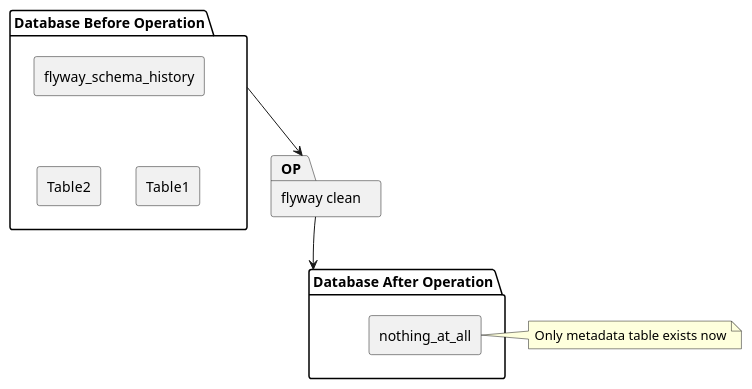
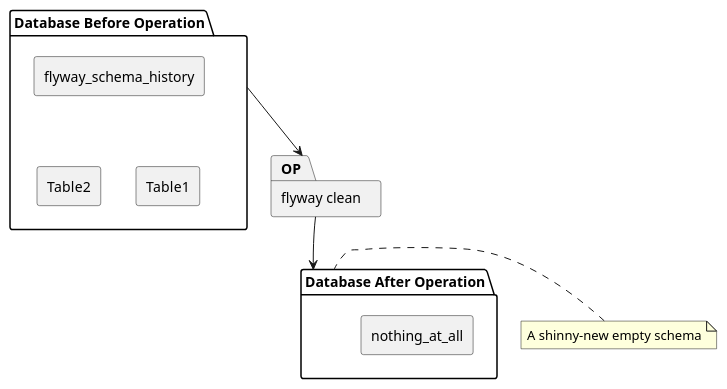
Before and after one commit to LangInteger/learning: the diagram in draw/plantuml/20201117-flyway-clean.puml, drawn with PlantUML.

```diff
--- a/draw/plantuml/20201117-flyway-clean.puml
+++ b/draw/plantuml/20201117-flyway-clean.puml
@@ -1,29 +1,29 @@
 @startuml
 
 skinparam componentStyle rectangle
 
 package "Database Before Operation" as DBO {
   [flyway_schema_history] as fsh_1
   [Table1] as table1_1
   [Table2] as table2_1
 }
 
 fsh_1 -[hidden]-> table1_1
 table2_1 -[hidden]> table1_1
 
 package "Database After Operation" as DAO {
   [nothing_at_all] as fsh_2
 }
 
 package "flyway clean" as OP {
 }
 
 table1_1 -[hidden]> OP 
 OP -[hidden]-> DAO
 
 DBO -> OP
 OP -> DAO
 
-note left of fsh_2: Only metadata table exists now
+note left of DAO: A shinny-new empty schema
 
 @enduml
```
